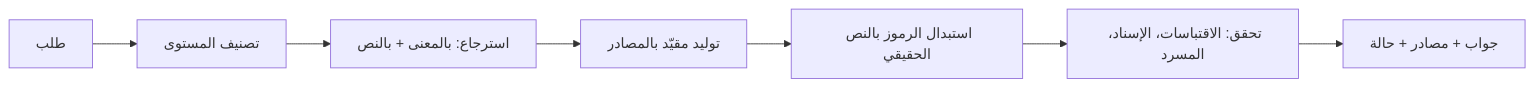
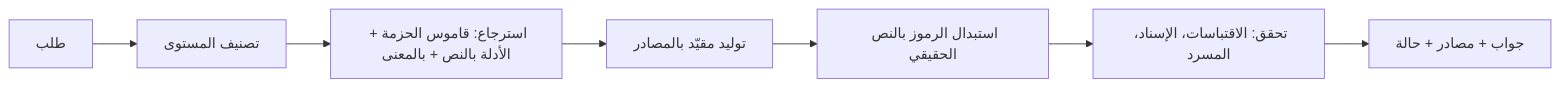
Before and after one commit to feellikeduck/manhal: the diagram in README.md, drawn with Mermaid. The commit also changed other lines of this file and 16 other files, not shown here.

````diff
--- a/README.md
+++ b/README.md
@@ -12,9 +76,9 @@
 ```mermaid
 flowchart LR
   A[طلب] --> B[تصنيف المستوى]
-  B --> C[استرجاع: بالمعنى + بالنص]
+  B --> C[استرجاع: قاموس الحزمة + الأدلة بالنص + بالمعنى]
   C --> D[توليد مقيّد بالمصادر]
   D --> E[استبدال الرموز بالنص الحقيقي]
   E --> F[تحقق: الاقتباسات، الإسناد، المسرد]
   F --> G[جواب + مصادر + حالة]
 ```
````
